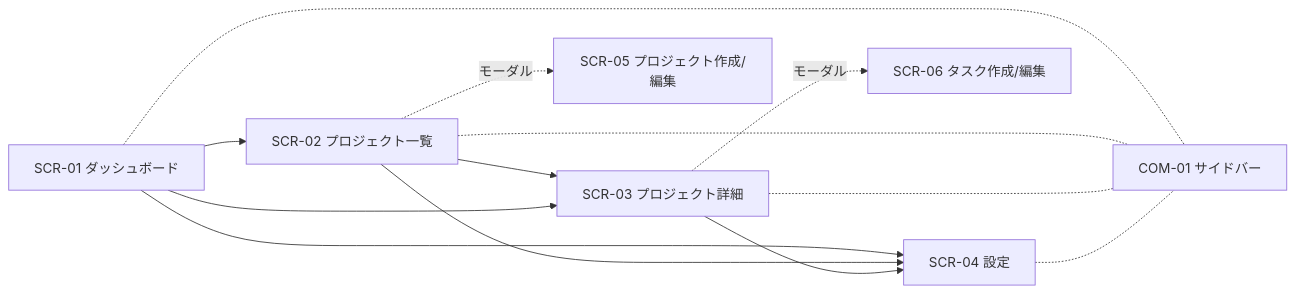
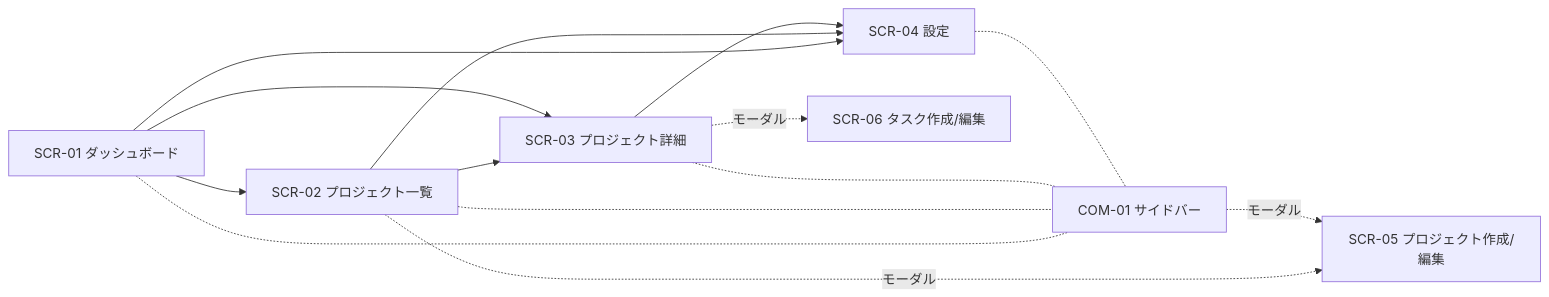
Before and after one commit to ai-natsu/task-master: the third of 4 diagrams in docs/BASIC_DESIGN.md, drawn with Mermaid. The commit also changed other lines of this file, not shown here.

````diff
--- a/docs/BASIC_DESIGN.md
+++ b/docs/BASIC_DESIGN.md
@@ -135,10 +139,11 @@
 ```mermaid
 flowchart LR
   D[SCR-01 ダッシュボード] --> L[SCR-02 プロジェクト一覧]
   L --> V[SCR-03 プロジェクト詳細]
   D --> V
   D & L & V & S -.- Nav[COM-01 サイドバー]
   D & L & V --> S[SCR-04 設定]
   V -.モーダル.-> M[SCR-06 タスク作成/編集]
   L -.モーダル.-> P[SCR-05 プロジェクト作成/編集]
+  Nav -.モーダル.-> P
 ```
````
